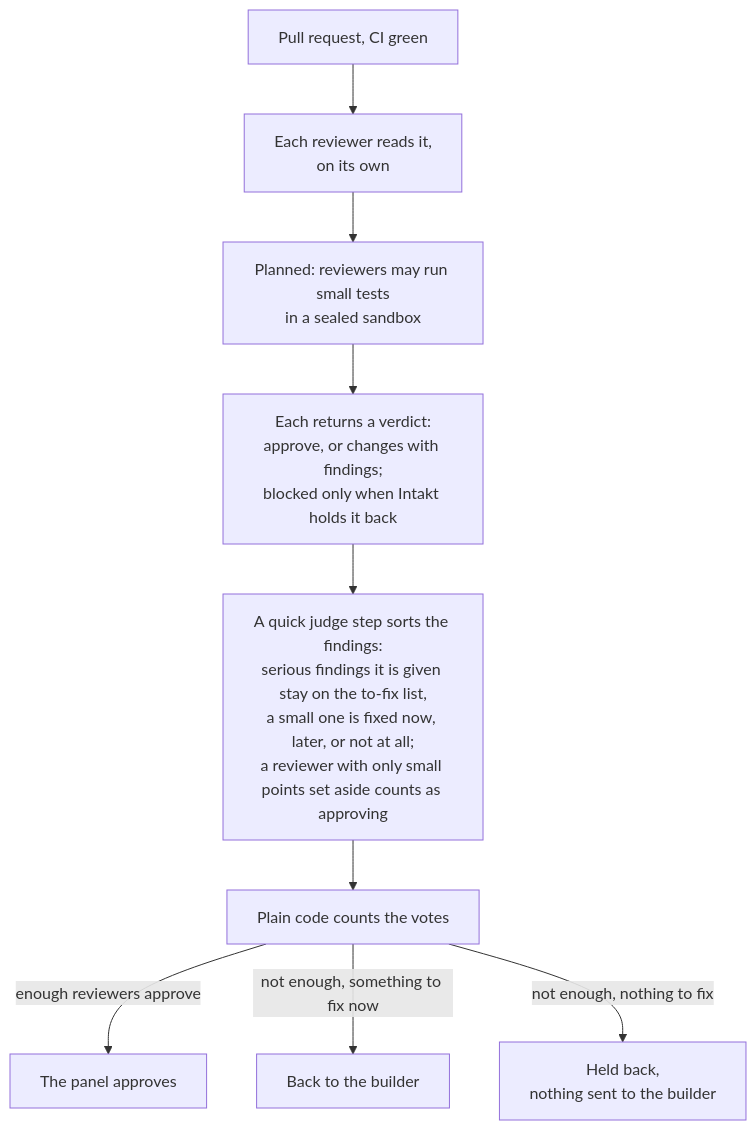
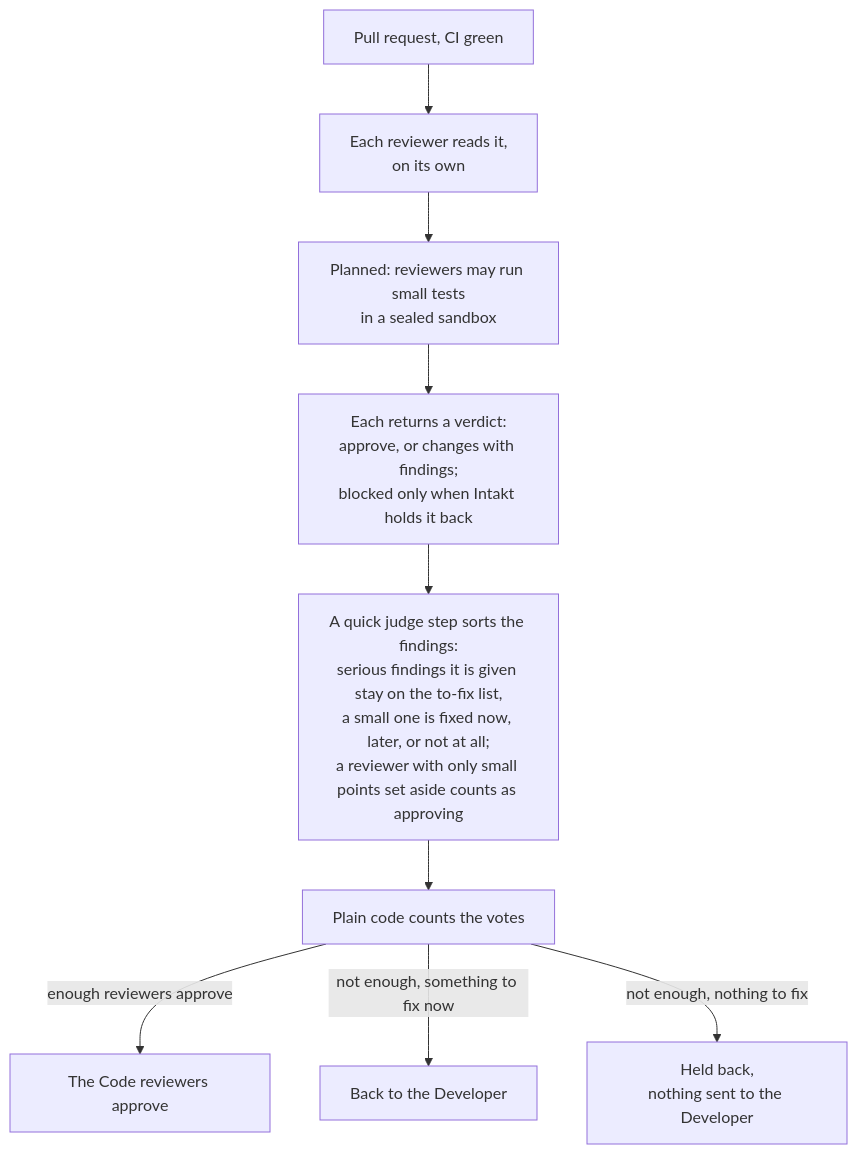
One commit to shinyredapples/intakt changed the fourth of 5 diagrams in docs/guide/the-journey-of-a-task.md. Above: the diagram before and after it, drawn with Mermaid. The commit also changed other lines of this file and 5 other files, not shown here.

````diff
--- a/docs/guide/the-journey-of-a-task.md
+++ b/docs/guide/the-journey-of-a-task.md
@@ -97,11 +97,11 @@
 ```mermaid
 flowchart TD
   pr[Pull request, CI green] --> panel[Each reviewer reads it,<br/>on its own]
   panel --> probes[Planned: reviewers may run small tests<br/>in a sealed sandbox]
   probes --> verdicts[Each returns a verdict:<br/>approve, or changes with findings;<br/>blocked only when Intakt holds it back]
   verdicts --> judge[A quick judge step sorts the findings:<br/>serious findings it is given stay on the to-fix list,<br/>a small one is fixed now, later, or not at all;<br/>a reviewer with only small points set aside counts as approving]
   judge --> count[Plain code counts the votes]
-  count -- enough reviewers approve --> pass[The panel approves]
-  count -- not enough, something to fix now --> build[Back to the builder]
-  count -- not enough, nothing to fix --> held[Held back,<br/>nothing sent to the builder]
+  count -- enough reviewers approve --> pass[The Code reviewers approve]
+  count -- not enough, something to fix now --> build[Back to the Developer]
+  count -- not enough, nothing to fix --> held[Held back,<br/>nothing sent to the Developer]
 ```
````
